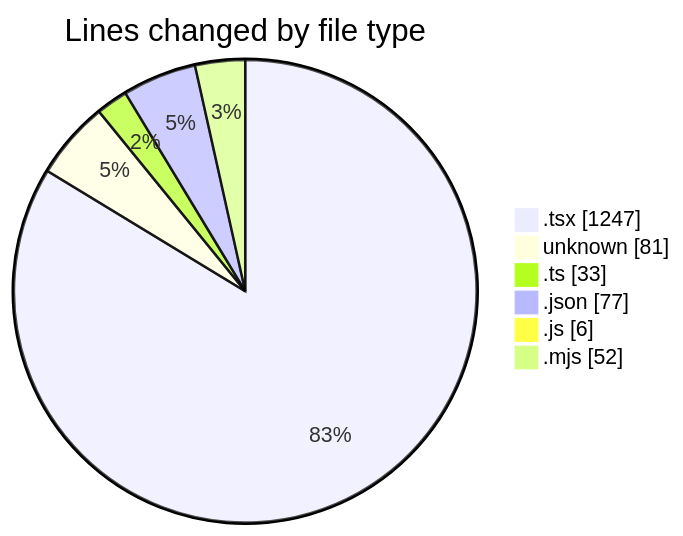
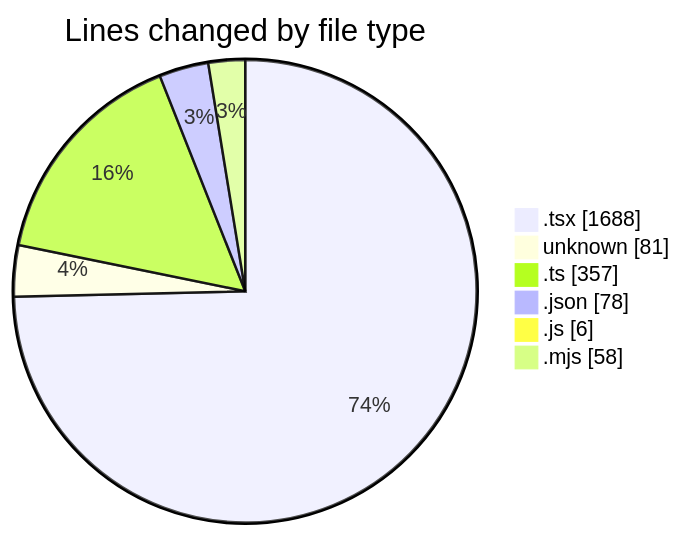
One commit to Elitesun/code-tracking changed the first of 2 diagrams in 2025-05-21/niten/README.md. Above: the diagram before and after it, drawn with Mermaid. The commit also changed other lines of this file and 1 other file, not shown here.

````diff
--- a/2025-05-21/niten/README.md
+++ b/2025-05-21/niten/README.md
@@ -38,10 +46,10 @@
 ```mermaid
 pie showData
 title Lines changed by file type
-".tsx" : 1247
+".tsx" : 1688
 "unknown" : 81
-".ts" : 33
-".json" : 77
+".ts" : 357
+".json" : 78
 ".js" : 6
-".mjs" : 52
+".mjs" : 58
 ```
````
